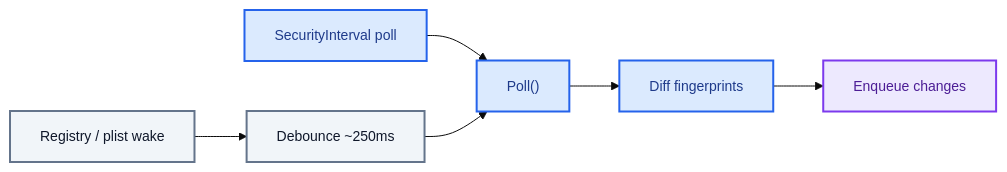
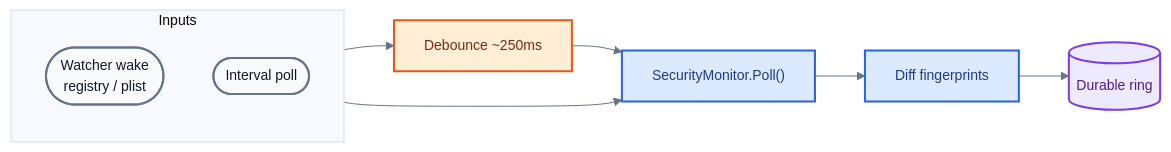
The fourth of 4 diagrams in docs/collection.md (TrustEdgeOrg/TrustEdge-Agent), drawn with Mermaid before and after one commit. The commit also changed other lines of this file, not shown here.

Commit message:
Refine collection Mermaid diagrams for clearer interview walkthroughs.

````diff
--- a/docs/collection.md
+++ b/docs/collection.md
@@ -217,16 +234,28 @@
 ```mermaid
-%%{init: {'theme': 'base', 'themeVariables': {'fontSize': '14px', 'fontFamily': 'arial'}}}%%
+%%{init: {'theme': 'base', 'themeVariables': {'fontSize': '14px', 'fontFamily': 'arial', 'lineColor': '#64748B'}}}%%
 flowchart LR
-    W["Registry / plist wake"] --> D["Debounce ~250ms"]
-    P["SecurityInterval poll"] --> POLL["Poll()"]
-    D --> POLL
-    POLL --> DIFF["Diff fingerprints"] --> R["Enqueue changes"]
+    subgraph IN ["Inputs"]
+        direction TB
+        W(["Watcher wake<br/>registry / plist"])
+        P(["Interval poll"])
+    end
 
-    classDef w fill:#F1F5F9,stroke:#64748B,stroke-width:2px,color:#0F172A
-    classDef p fill:#DBEAFE,stroke:#2563EB,stroke-width:2px,color:#1E3A8A
+    D["Debounce ~250ms"]
+    POLL["SecurityMonitor.Poll()"]
+    DIFF["Diff fingerprints"]
+    R[("Durable ring")]
+
+    W --> D --> POLL
+    P --> POLL
+    POLL --> DIFF --> R
+
+    classDef in fill:#F8FAFC,stroke:#64748B,stroke-width:2px,color:#0F172A
+    classDef wait fill:#FFEDD5,stroke:#EA580C,stroke-width:2px,color:#7C2D12
+    classDef mon fill:#DBEAFE,stroke:#2563EB,stroke-width:2px,color:#1E3A8A
     classDef out fill:#EDE9FE,stroke:#7C3AED,stroke-width:2px,color:#4C1D95
 
-    class W,D w
-    class P,POLL,DIFF p
+    class W,P in
+    class D wait
+    class POLL,DIFF mon
     class R out
 ```
````
